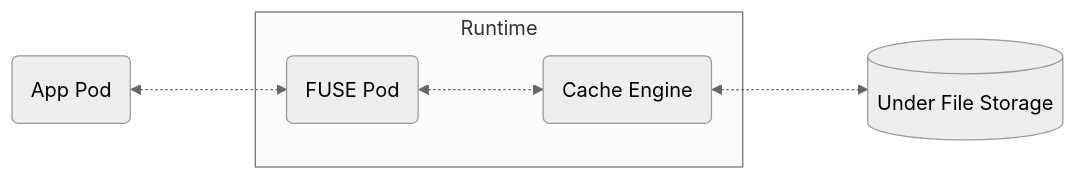
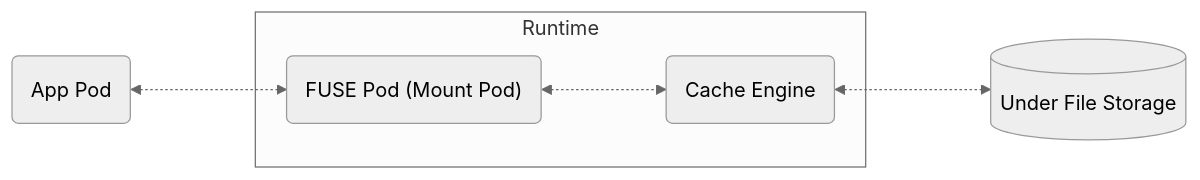
Before and after one commit to fluid-cloudnative/fluid-cloudnative.github.io: the first of 2 diagrams in i18n/zh/docusaurus-plugin-content-docs/current/03-tutorials/03-data-accessing/posix.mdx, drawn with Mermaid (neutral theme). The commit also changed other lines of this file and 10 other files, not shown here.

````diff
--- a/i18n/zh/docusaurus-plugin-content-docs/current/03-tutorials/03-data-accessing/posix.mdx
+++ b/i18n/zh/docusaurus-plugin-content-docs/current/03-tutorials/03-data-accessing/posix.mdx
@@ -102,10 +102,10 @@
 ```mermaid
 flowchart LR
     app("App Pod")
     subgraph Runtime
-    engine_fuse("FUSE Pod")
+    engine_fuse("FUSE Pod (Mount Pod)")
     cache_engine("Cache Engine")
     end
     storage[("Under File Storage")]
     app <-..-> engine_fuse <-..-> cache_engine <-..-> storage
 ```
````
